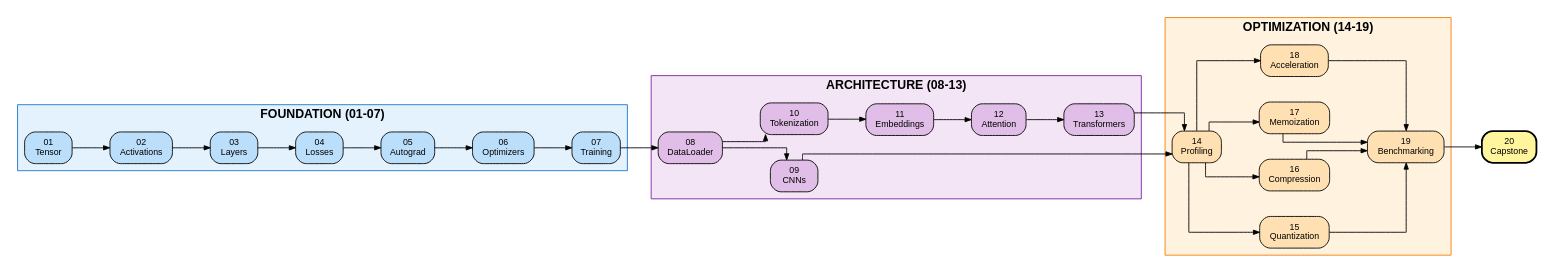
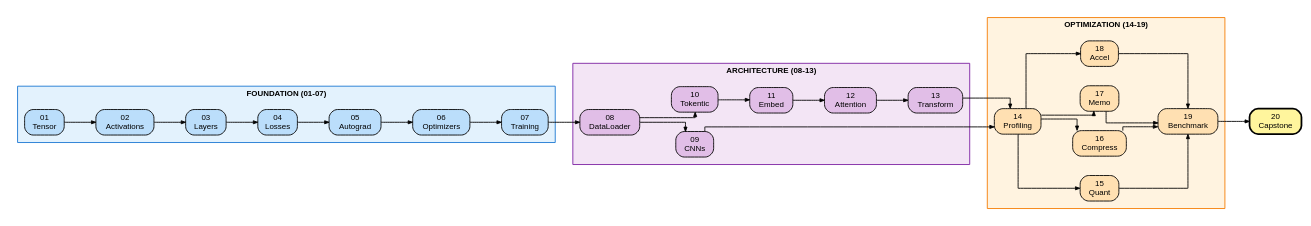
One commit to harvard-edge/cs249r_book changed the diagram in tinytorch/paper/module_flow.dot. Above: the diagram before and after it, drawn with Graphviz. The commit also changed 3 other files, not shown here.

First line of the commit message:
feat: improve big-picture diagram with top-down layout and module numbers

```diff
--- a/tinytorch/paper/module_flow.dot
+++ b/tinytorch/paper/module_flow.dot
@@ -1,82 +1,83 @@
 // TinyTorch Module Flow Diagram
 // Generate PDF: dot -Tpdf module_flow.dot -o module_flow.pdf
 // Generate PNG: dot -Tpng module_flow.dot -o module_flow.png
 
 digraph TinyTorch {
     rankdir=LR;
     splines=ortho;
-    nodesep=0.4;
-    ranksep=0.6;
-    node [shape=box, style="filled,rounded", fontname="Helvetica", fontsize=10];
-    edge [arrowsize=0.7];
+    nodesep=0.3;
+    ranksep=0.5;
+    node [shape=box, style="filled,rounded", fontname="Helvetica", fontsize=9, width=0.6, height=0.4];
+    edge [arrowsize=0.5];
 
     // Foundation Tier (blue)
     subgraph cluster_foundation {
         label="FOUNDATION (01-07)";
         style=filled;
         fillcolor="#e3f2fd";
         color="#1976d2";
         fontname="Helvetica-Bold";
+        fontsize=9;
 
         T [label="01\nTensor", fillcolor="#bbdefb"];
         A [label="02\nActivations", fillcolor="#bbdefb"];
         L [label="03\nLayers", fillcolor="#bbdefb"];
         Loss [label="04\nLosses", fillcolor="#bbdefb"];
         Auto [label="05\nAutograd", fillcolor="#bbdefb"];
         Opt [label="06\nOptimizers", fillcolor="#bbdefb"];
         Train [label="07\nTraining", fillcolor="#bbdefb"];
 
-        // Linear pedagogical flow
         T -> A -> L -> Loss -> Auto -> Opt -> Train;
     }
 
     // Architecture Tier (purple)
     subgraph cluster_architecture {
         label="ARCHITECTURE (08-13)";
         style=filled;
         fillcolor="#f3e5f5";
         color="#7b1fa2";
         fontname="Helvetica-Bold";
+        fontsize=9;
 
         Data [label="08\nDataLoader", fillcolor="#e1bee7"];
         Conv [label="09\nCNNs", fillcolor="#e1bee7"];
-        Tok [label="10\nTokenization", fillcolor="#e1bee7"];
-        Emb [label="11\nEmbeddings", fillcolor="#e1bee7"];
+        Tok [label="10\nTokentic", fillcolor="#e1bee7"];
+        Emb [label="11\nEmbed", fillcolor="#e1bee7"];
         Att [label="12\nAttention", fillcolor="#e1bee7"];
-        Trans [label="13\nTransformers", fillcolor="#e1bee7"];
+        Trans [label="13\nTransform", fillcolor="#e1bee7"];
 
-        // Two tracks from DataLoader
         Data -> Conv;
         Data -> Tok -> Emb -> Att -> Trans;
     }
 
     // Optimization Tier (orange)
     subgraph cluster_optimization {
         label="OPTIMIZATION (14-19)";
         style=filled;
         fillcolor="#fff3e0";
         color="#f57c00";
         fontname="Helvetica-Bold";
+        fontsize=9;
 
         Prof [label="14\nProfiling", fillcolor="#ffe0b2"];
-        Quant [label="15\nQuantization", fillcolor="#ffe0b2"];
-        Comp [label="16\nCompression", fillcolor="#ffe0b2"];
-        Memo [label="17\nMemoization", fillcolor="#ffe0b2"];
-        Accel [label="18\nAcceleration", fillcolor="#ffe0b2"];
-        Bench [label="19\nBenchmarking", fillcolor="#ffe0b2"];
+        Quant [label="15\nQuant", fillcolor="#ffe0b2"];
+        Comp [label="16\nCompress", fillcolor="#ffe0b2"];
+        Memo [label="17\nMemo", fillcolor="#ffe0b2"];
+        Accel [label="18\nAccel", fillcolor="#ffe0b2"];
+        Bench [label="19\nBenchmark", fillcolor="#ffe0b2"];
 
         Prof -> Quant -> Bench;
         Prof -> Comp -> Bench;
         Prof -> Memo -> Bench;
         Prof -> Accel -> Bench;
     }
 
     // Capstone (gold)
     Cap [label="20\nCapstone", fillcolor="#fff59d", style="filled,rounded,bold"];
 
     // Inter-tier connections
     Train -> Data;
     Conv -> Prof;
     Trans -> Prof;
     Bench -> Cap;
 }
```
